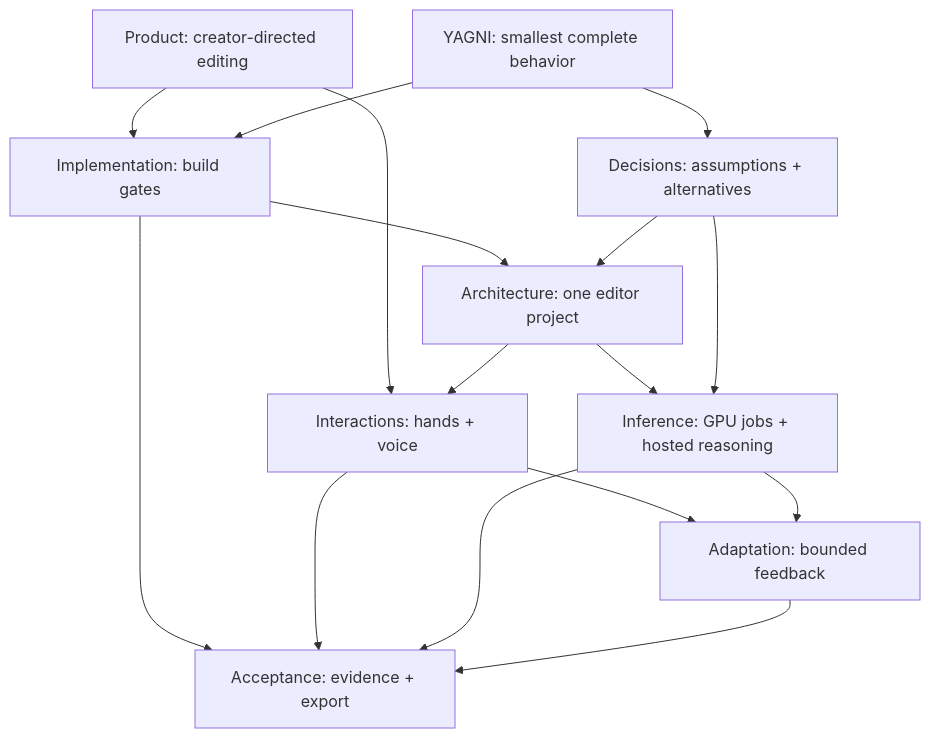
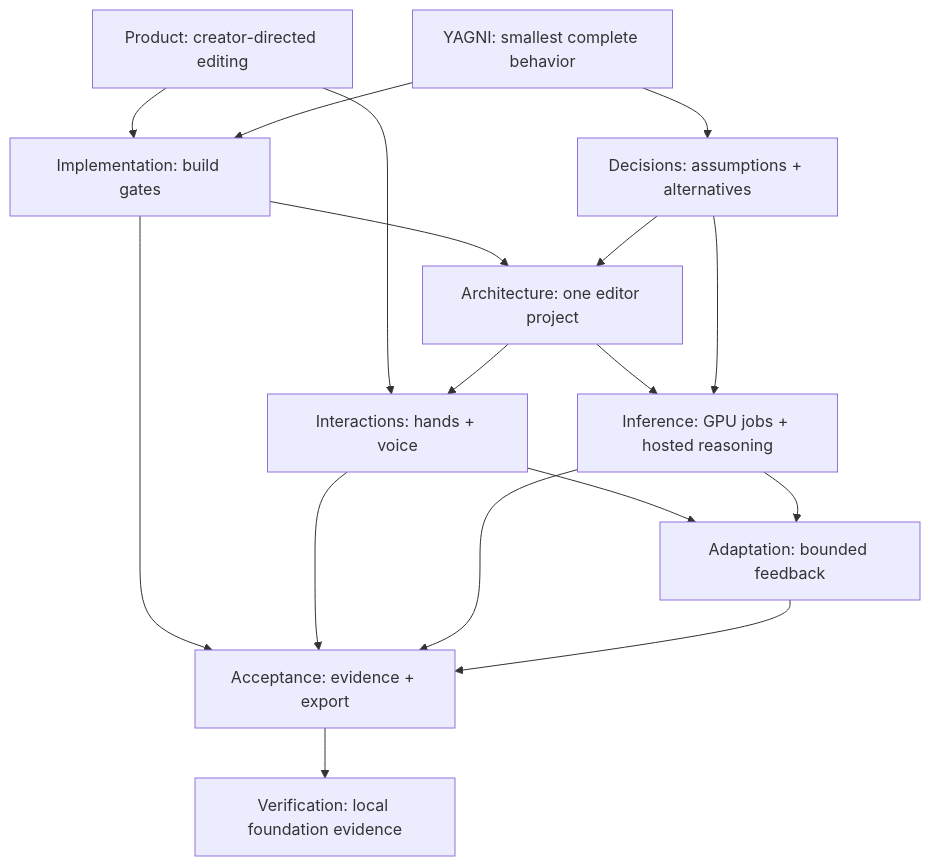
One commit to TheRealOP/Shway changed the diagram in docs/wiki/README.md. Above: the diagram before and after it, drawn with Mermaid. The commit also changed other lines of this file and 8 other files, not shown here.

Commit message:
DEV-86: verify browser foundation and document fork evidence

````diff
--- a/docs/wiki/README.md
+++ b/docs/wiki/README.md
@@ -25,27 +27,29 @@
 ```mermaid
 flowchart TD
   P["Product: creator-directed editing"] --> I["Implementation: build gates"]
   P --> G["Interactions: hands + voice"]
   I --> A["Architecture: one editor project"]
   A --> G
   A --> N["Inference: GPU jobs + hosted reasoning"]
   G --> L["Adaptation: bounded feedback"]
   N --> L
   I --> T["Acceptance: evidence + export"]
   G --> T
   N --> T
   L --> T
+  T --> V["Verification: local foundation evidence"]
   D["Decisions: assumptions + alternatives"] --> A
   D --> N
   Y["YAGNI: smallest complete behavior"] --> I
   Y --> D
   click P "https://github.com/TheRealOP/Shway/blob/main/docs/wiki/product.md" "Open Product"
   click I "https://github.com/TheRealOP/Shway/blob/main/docs/wiki/implementation.md" "Open Implementation"
   click A "https://github.com/TheRealOP/Shway/blob/main/docs/wiki/architecture.md" "Open Architecture"
   click G "https://github.com/TheRealOP/Shway/blob/main/docs/wiki/interactions.md" "Open Interactions"
   click N "https://github.com/TheRealOP/Shway/blob/main/docs/wiki/inference.md" "Open Inference"
   click L "https://github.com/TheRealOP/Shway/blob/main/docs/wiki/adaptation.md" "Open Adaptation"
   click T "https://github.com/TheRealOP/Shway/blob/main/docs/wiki/acceptance.md" "Open Acceptance"
   click D "https://github.com/TheRealOP/Shway/blob/main/docs/wiki/decisions.md" "Open Decisions"
+  click V "https://github.com/TheRealOP/Shway/blob/main/docs/wiki/foundation-evidence.md" "Open Foundation evidence"
   click Y "https://github.com/TheRealOP/Shway/blob/main/docs/wiki/yagni.md" "Open YAGNI"
 ```
````
